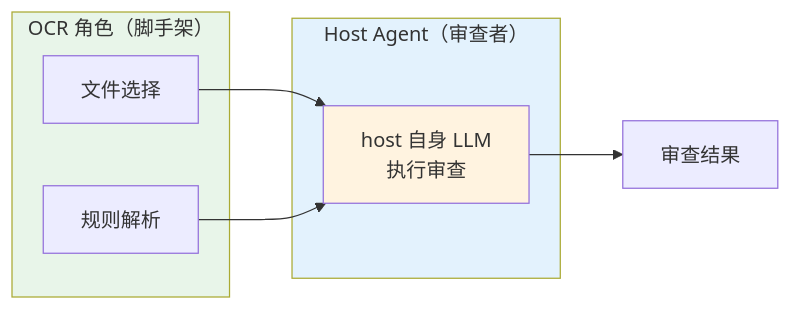
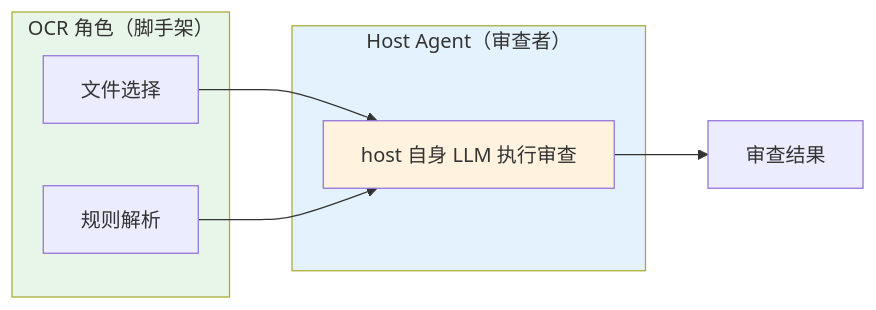
The third of 7 diagrams in doc/bundles/jishu/ai/products/open-code-review/concepts/06-integrations.md (awesome-flexloop/awesome-okf), drawn with Mermaid before and after one commit. The commit also changed other lines of this file and 10 other files, not shown here.

First line of the commit message:
docs(bundle): 清偿 Open Code Review 存量 Mermaid 违规避免规范漂移累积

````diff
--- a/doc/bundles/jishu/ai/products/open-code-review/concepts/06-integrations.md
+++ b/doc/bundles/jishu/ai/products/open-code-review/concepts/06-integrations.md
@@ -270,19 +264,16 @@
 ```mermaid
 graph LR
     subgraph OCR["OCR 角色（脚手架）"]
         FS["文件选择"]
         RR["规则解析"]
     end
-
     subgraph HOST["Host Agent（审查者）"]
-        LLM["host 自身 LLM<br/>执行审查"]
+        LLM["host 自身 LLM 执行审查"]
     end
-
     FS --> LLM
     RR --> LLM
     LLM --> RESULT["审查结果"]
-
     style OCR fill:#e8f5e9
     style HOST fill:#e3f2fd
     style LLM fill:#fff3e0
 ```
````
